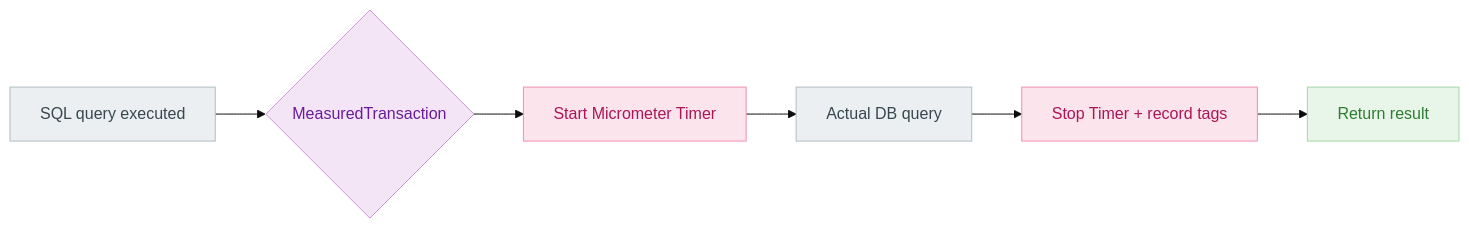
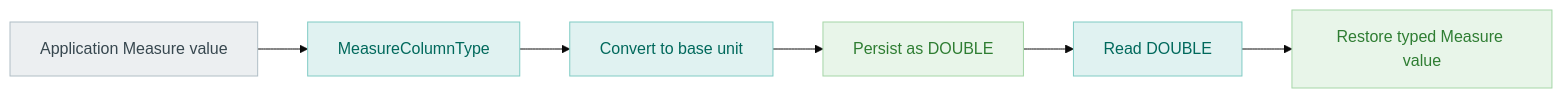
One commit to bluetape4k/bluetape4k-exposed changed the second of 3 diagrams in exposed/exposed-measured/README.md. Above: the diagram before and after it, drawn with Mermaid (base theme). The commit also changed other lines of this file and 6 other files, not shown here.

First line of the commit message:
docs: clarify exposed-measured docs and architecture

````diff
--- a/exposed/exposed-measured/README.md
+++ b/exposed/exposed-measured/README.md
@@ -89,20 +89,18 @@
 ```mermaid
 flowchart LR
-    A[SQL query executed] --> B{MeasuredTransaction}
-    B --> C[Start Micrometer Timer]
-    C --> D[Actual DB query]
-    D --> E[Stop Timer + record tags]
-    E --> F[Return result]
+    A[Application Measure value] --> B[MeasureColumnType]
+    B --> C[Convert to base unit]
+    C --> D[Persist as DOUBLE]
+    D --> E[Read DOUBLE]
+    E --> F[Restore typed Measure value]
 
-    classDef queryStyle fill:#ECEFF1,stroke:#B0BEC5,color:#37474F
-    classDef txStyle fill:#F3E5F5,stroke:#CE93D8,color:#6A1B9A
-    classDef timerStyle fill:#FCE4EC,stroke:#F48FB1,color:#AD1457
+    classDef appStyle fill:#ECEFF1,stroke:#B0BEC5,color:#37474F
+    classDef typeStyle fill:#E0F2F1,stroke:#80CBC4,color:#00695C
+    classDef dbStyle fill:#E8F5E9,stroke:#A5D6A7,color:#2E7D32
     classDef resultStyle fill:#E8F5E9,stroke:#A5D6A7,color:#2E7D32
 
-    class A queryStyle
-    class D queryStyle
-    class B txStyle
-    class C timerStyle
-    class E timerStyle
+    class A appStyle
+    class B,C,E typeStyle
+    class D dbStyle
     class F resultStyle
 ```
````
